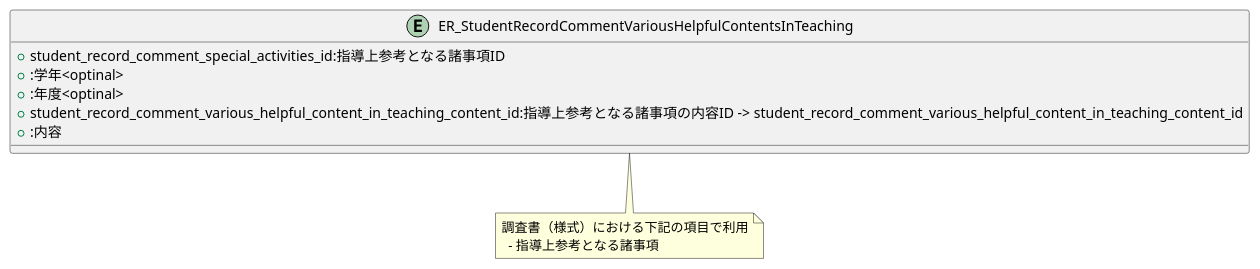
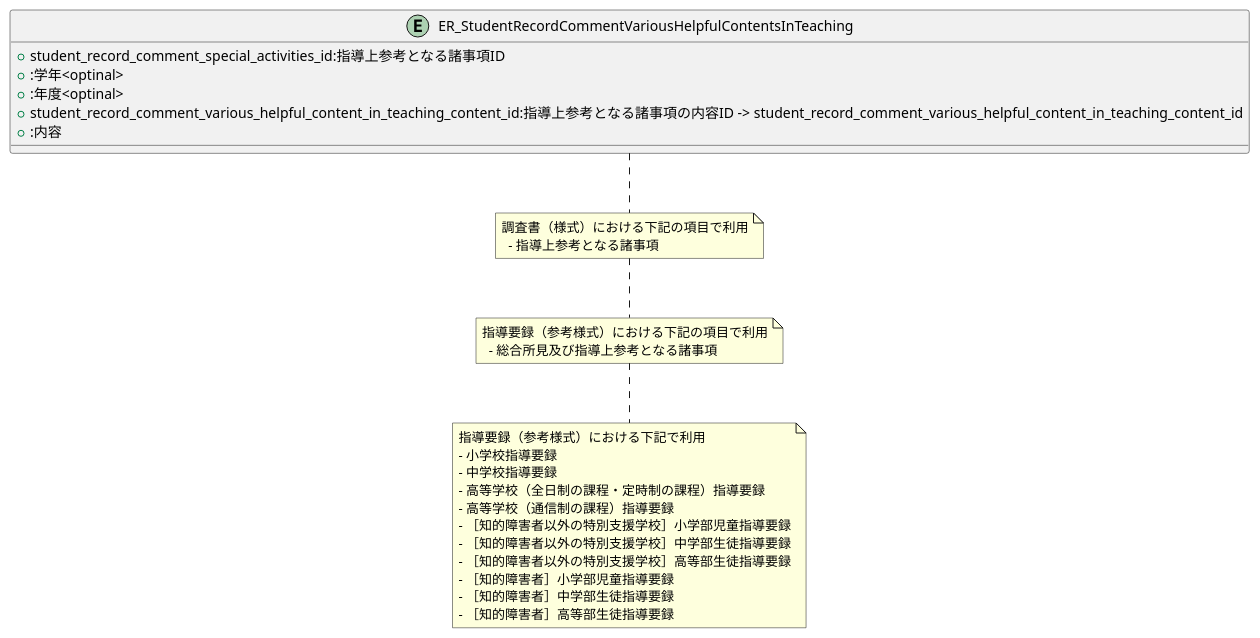
One commit to popoposorara/ERP_ER changed the diagram in Entity/ER_StudentRecordCommentVariousHelpfulContentsInTeaching.pu. Above: the diagram before and after it, drawn with PlantUML. The commit also changed 6 other files, not shown here.

```diff
--- a/Entity/ER_StudentRecordCommentVariousHelpfulContentsInTeaching.pu
+++ b/Entity/ER_StudentRecordCommentVariousHelpfulContentsInTeaching.pu
@@ -1,16 +1,35 @@
 @startuml
 
 entity "ER_StudentRecordCommentVariousHelpfulContentsInTeaching"{
     + student_record_comment_special_activities_id:指導上参考となる諸事項ID
     + :学年<optinal>
     + :年度<optinal>
     + student_record_comment_various_helpful_content_in_teaching_content_id:指導上参考となる諸事項の内容ID -> student_record_comment_various_helpful_content_in_teaching_content_id
     + :内容
 }
 
 note bottom
 調査書（様式）における下記の項目で利用
   - 指導上参考となる諸事項
 end note
 
+note bottom
+指導要録（参考様式）における下記の項目で利用
+  - 総合所見及び指導上参考となる諸事項
+end note
+
+note bottom
+指導要録（参考様式）における下記で利用
+- 小学校指導要録
+- 中学校指導要録
+- 高等学校（全日制の課程・定時制の課程）指導要録
+- 高等学校（通信制の課程）指導要録
+- ［知的障害者以外の特別支援学校］小学部児童指導要録
+- ［知的障害者以外の特別支援学校］中学部生徒指導要録
+- ［知的障害者以外の特別支援学校］高等部生徒指導要録
+- ［知的障害者］小学部児童指導要録
+- ［知的障害者］中学部生徒指導要録
+- ［知的障害者］高等部生徒指導要録
+end note
+
 @enduml
```
